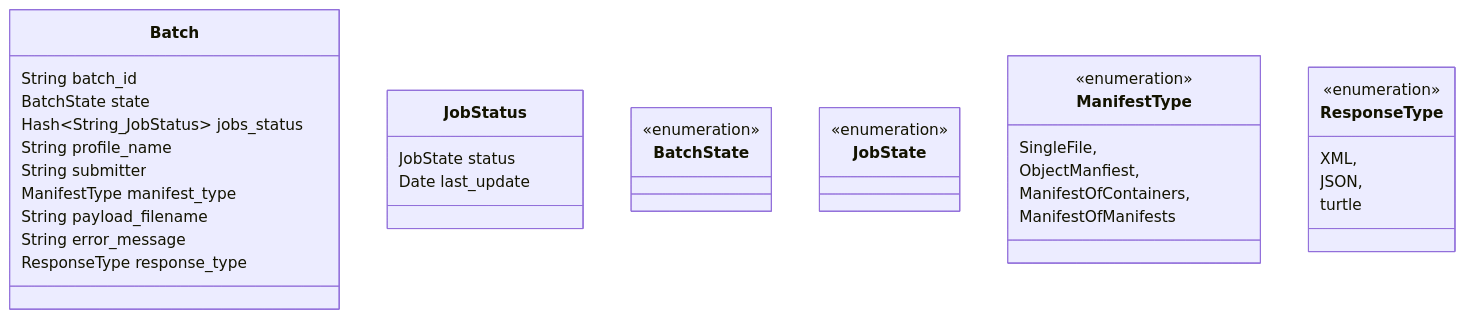
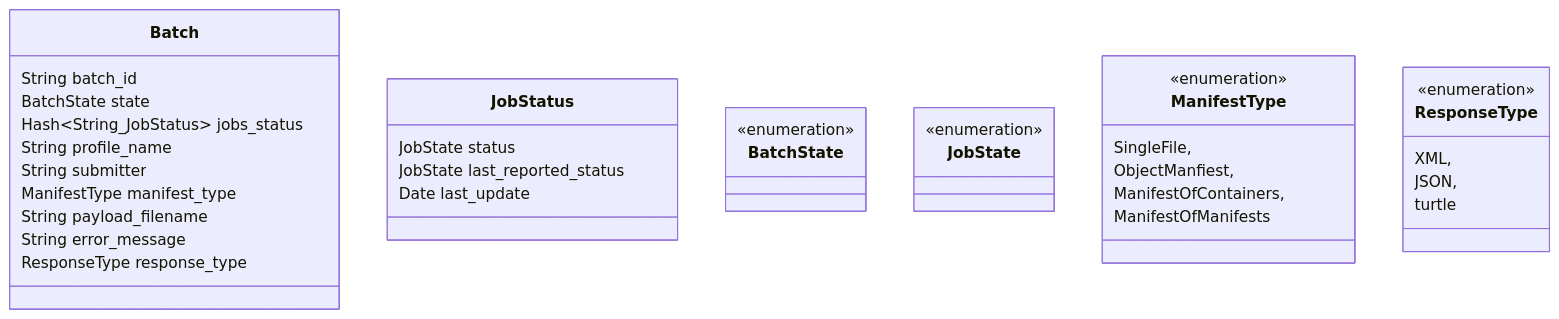
Before and after one commit to CDLUC3/mrt-doc: the second of 4 diagrams in design/queue-2023/states.md, drawn with Mermaid.

````diff
--- a/design/queue-2023/states.md
+++ b/design/queue-2023/states.md
@@ -49,37 +49,38 @@
 ```mermaid
 classDiagram
   class Batch {
     String batch_id
     BatchState state
     Hash~String_JobStatus~ jobs_status
     String profile_name
     String submitter
     ManifestType manifest_type
     String payload_filename
     String error_message
     ResponseType response_type
   }
   class JobStatus {
     JobState status
+    JobState last_reported_status
     Date last_update
   }
   class BatchState{
     <<enumeration>>
   }
   class JobState{
     <<enumeration>>
   }
   class ManifestType{
     <<enumeration>>
     SingleFile,
     ObjectManfiest,
     ManifestOfContainers,
     ManifestOfManifests
   }
   class ResponseType{
     <<enumeration>>
     XML,
     JSON,
     turtle
   }
 ```
````
